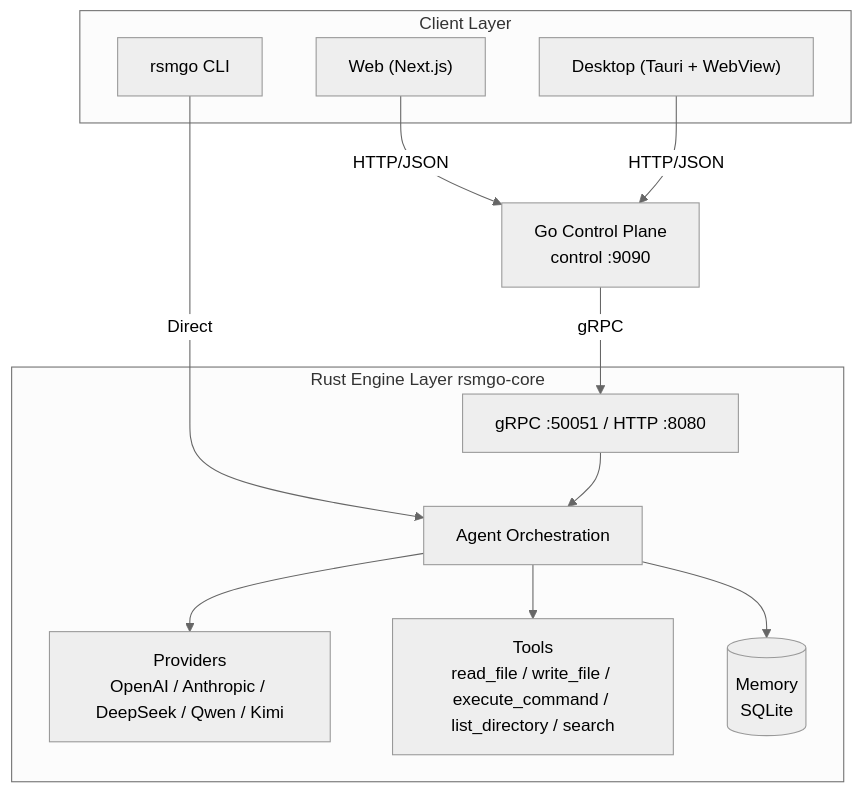
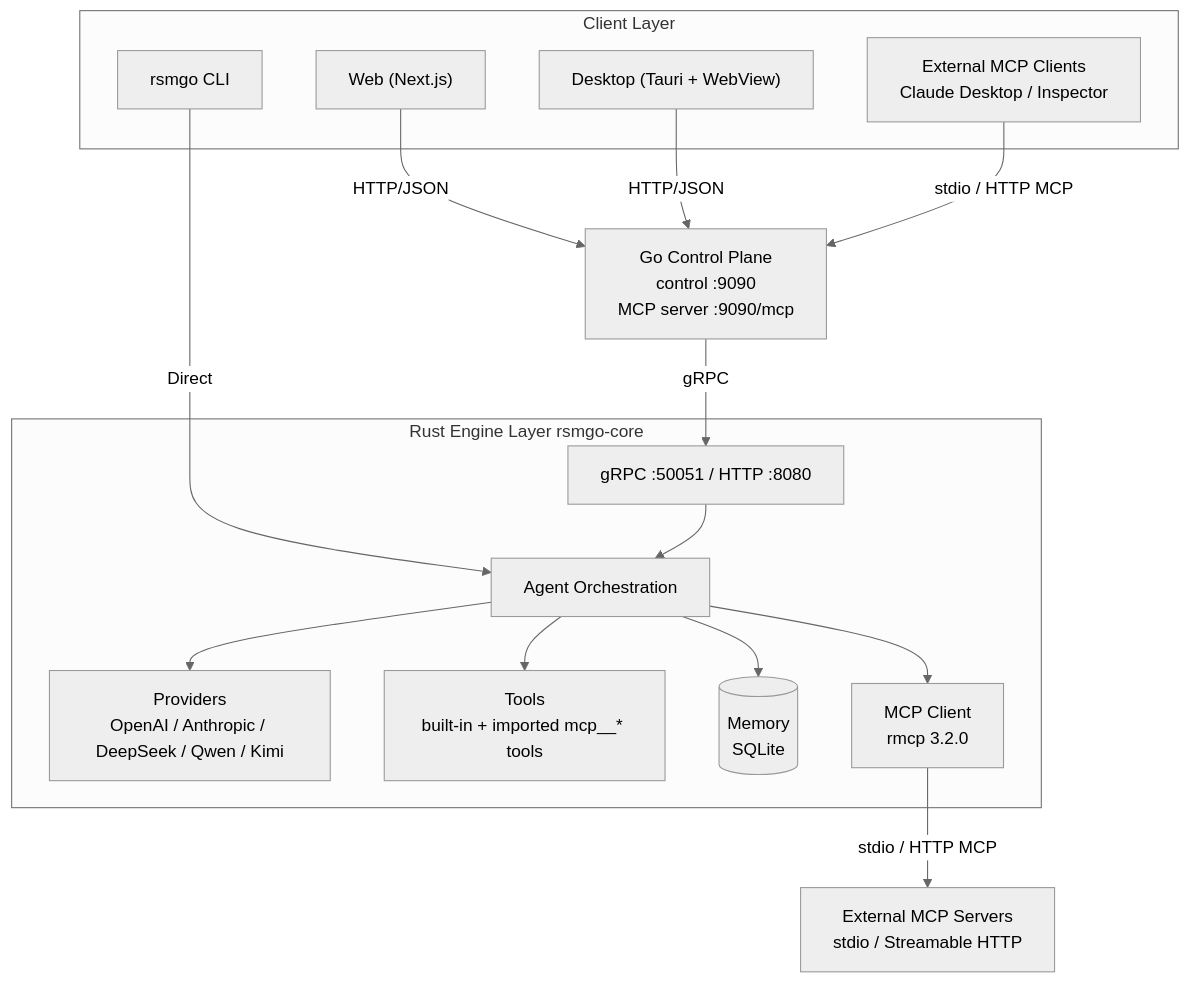
Before and after one commit to daheige/rsmgo: the diagram in README.md, drawn with Mermaid (neutral theme). The commit also changed other lines of this file and 22 other files, not shown here.

Commit message:
feat: add mcp server support stdio and http transport

````diff
--- a/README.md
+++ b/README.md
@@ -49,27 +50,34 @@
 ```mermaid
 graph TD
     subgraph Client["Client Layer"]
         A["rsmgo CLI"]
         B["Web (Next.js)"]
         C["Desktop (Tauri + WebView)"]
+        J["External MCP Clients<br/>Claude Desktop / Inspector"]
     end
 
-    D["Go Control Plane<br/>control :9090"]
+    D["Go Control Plane<br/>control :9090<br/>MCP server :9090/mcp"]
 
     subgraph Engine["Rust Engine Layer rsmgo-core"]
         E["gRPC :50051 / HTTP :8080"]
         F["Agent Orchestration"]
         G["Providers<br/>OpenAI / Anthropic / DeepSeek / Qwen / Kimi"]
-        H["Tools<br/>read_file / write_file / execute_command / list_directory / search"]
+        H["Tools<br/>built-in + imported mcp__* tools"]
         I[(Memory<br/>SQLite)]
+        K["MCP Client<br/>rmcp 3.2.0"]
     end
+
+    L["External MCP Servers<br/>stdio / Streamable HTTP"]
 
     A -->|Direct| F
     B -->|HTTP/JSON| D
     C -->|HTTP/JSON| D
+    J -->|stdio / HTTP MCP| D
     D -->|gRPC| E
     E --> F
     F --> G
     F --> H
     F --> I
+    K -->|stdio / HTTP MCP| L
+    F --> K
 ```
````
